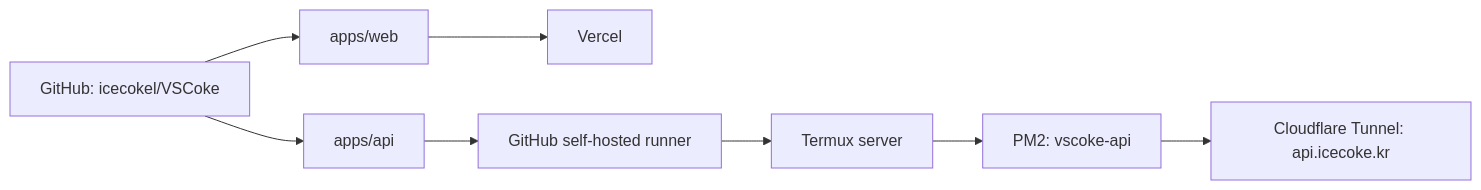
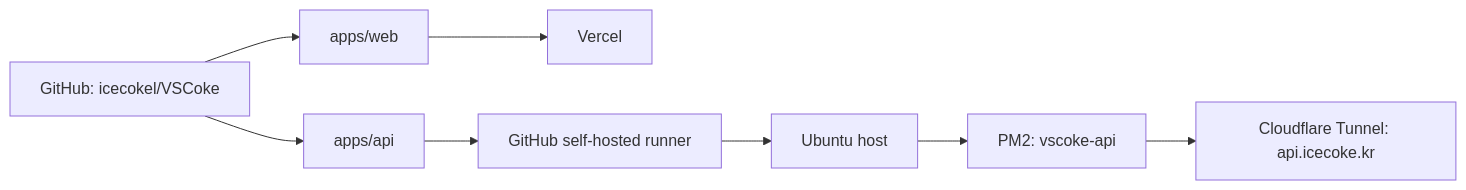
One commit to icecokel/VSCoke changed the diagram in docs/vscoke-monorepo-concept.md. Above: the diagram before and after it, drawn with Mermaid. The commit also changed other lines of this file and 7 other files, not shown here.

````diff
--- a/docs/vscoke-monorepo-concept.md
+++ b/docs/vscoke-monorepo-concept.md
@@ -183,14 +183,14 @@
 ```mermaid
 flowchart LR
   Repo["GitHub: icecokel/VSCoke"]
   Web["apps/web"]
   Api["apps/api"]
   Vercel["Vercel"]
   Runner["GitHub self-hosted runner"]
-  Termux["Termux server"]
+  Host["Ubuntu host"]
   PM2["PM2: vscoke-api"]
   Tunnel["Cloudflare Tunnel: api.icecoke.kr"]
 
   Repo --> Web --> Vercel
-  Repo --> Api --> Runner --> Termux --> PM2 --> Tunnel
+  Repo --> Api --> Runner --> Host --> PM2 --> Tunnel
 ```
````
